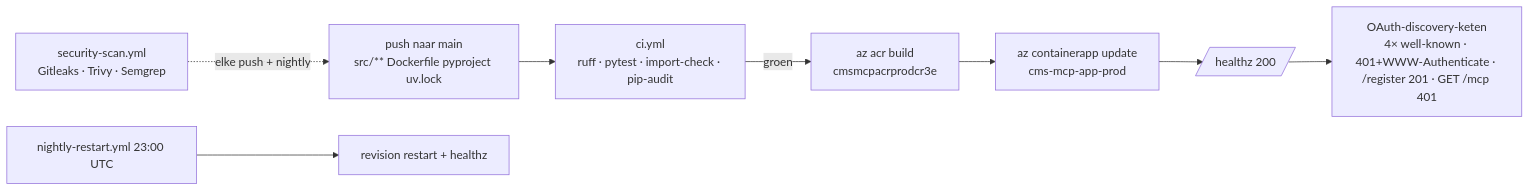
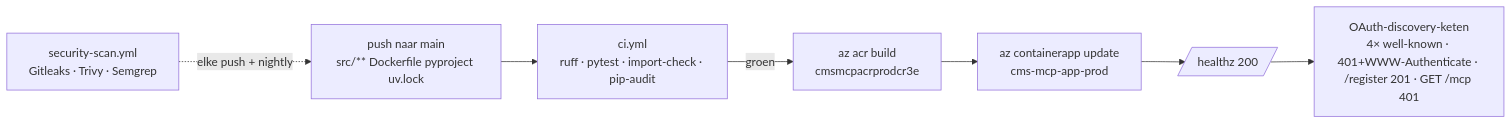
The sixth of 6 diagrams in docs/ARCHITECTUUR.md (Github-campai/AzureMCP-CMS), drawn with Mermaid before and after one commit. The commit also changed other lines of this file and 13 other files, not shown here.

````diff
--- a/docs/ARCHITECTUUR.md
+++ b/docs/ARCHITECTUUR.md
@@ -559,10 +561,9 @@
 ```mermaid
 flowchart LR
     P[push naar main<br/>src/** Dockerfile pyproject uv.lock] --> CI[ci.yml<br/>ruff · pytest · import-check · pip-audit]
     CI -- groen --> B[az acr build<br/>cmsmcpacrprodcr3e]
     B --> U[az containerapp update<br/>cms-mcp-app-prod]
     U --> V1[/healthz 200/]
     V1 --> V2[OAuth-discovery-keten<br/>4× well-known · 401+WWW-Authenticate · /register 201 · GET /mcp 401]
     S[security-scan.yml<br/>Gitleaks · Trivy · Semgrep] -.elke push + nightly.-> P
-    N[nightly-restart.yml 23:00 UTC] --> R[revision restart + healthz]
 ```
````
